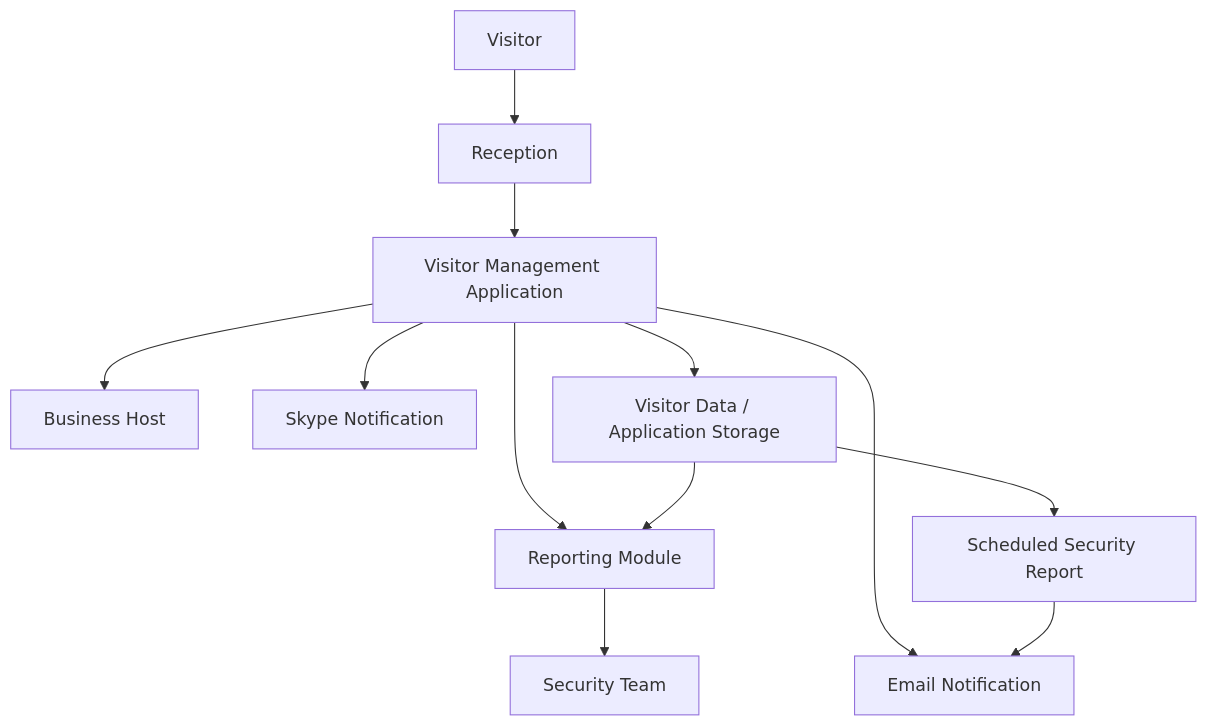
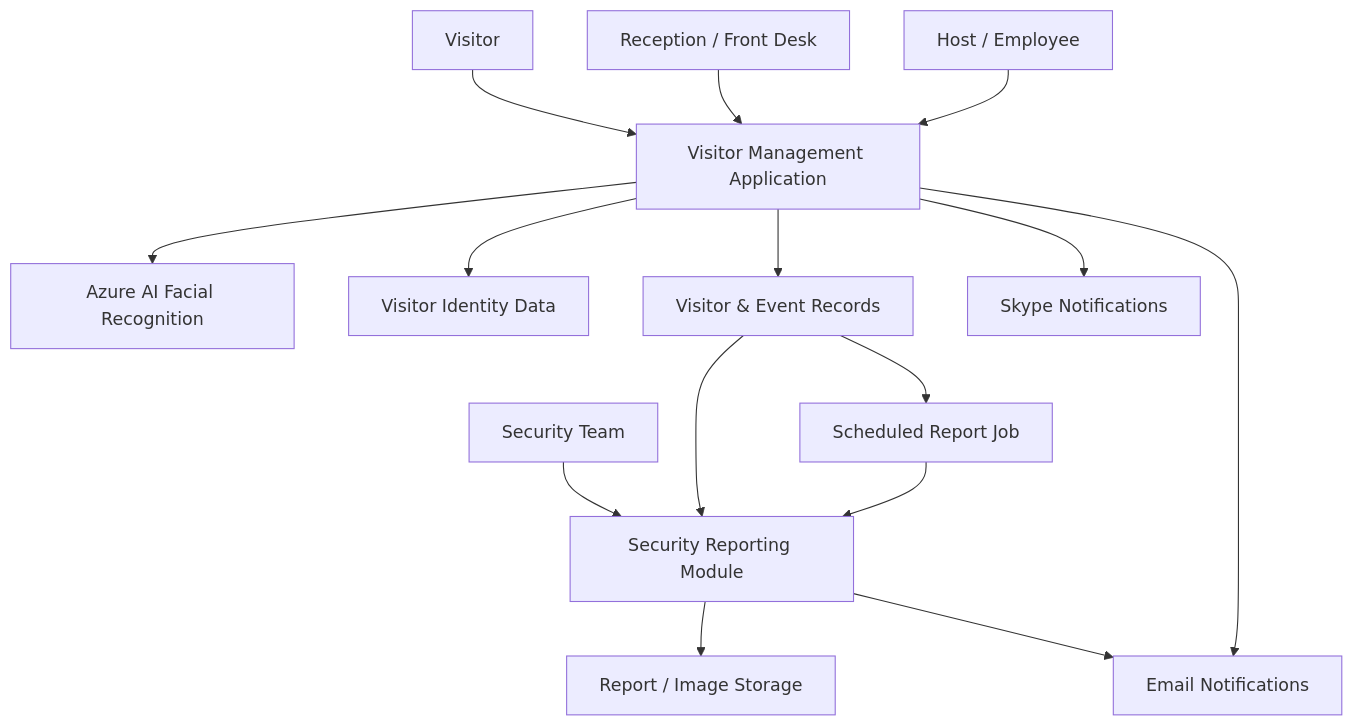
One commit to fcantarelli/Career_History-Globant changed the diagram in YPF.md. Above: the diagram before and after it, drawn with Mermaid. The commit also changed other lines of this file, not shown here.

````diff
--- a/YPF.md
+++ b/YPF.md
@@ -144,25 +117,37 @@
 ```mermaid
 flowchart TD
     Visitor[Visitor]
-    Reception[Reception]
-    GDV[Visitor Management Application]
-    Host[Business Host]
+    Reception[Reception / Front Desk]
+    Host[Host / Employee]
     Security[Security Team]
-    Reports[Reporting Module]
-    Batch[Scheduled Security Report]
-    Email[Email Notification]
-    Skype[Skype Notification]
-    Storage[Visitor Data / Application Storage]
 
-    Visitor --> Reception
-    Reception --> GDV
-    GDV --> Storage
-    GDV --> Host
-    GDV --> Email
-    GDV --> Skype
-    GDV --> Reports
-    Storage --> Reports
-    Storage --> Batch
-    Batch --> Email
-    Reports --> Security
+    VMS[Visitor Management Application]
+
+    AI[Azure AI Facial Recognition]
+    Identity[Visitor Identity Data]
+    Events[Visitor & Event Records]
+
+    Reports[Security Reporting Module]
+    Scheduler[Scheduled Report Job]
+    Email[Email Notifications]
+    Skype[Skype Notifications]
+    Storage[Report / Image Storage]
+
+    Visitor --> VMS
+    Reception --> VMS
+    Host --> VMS
+    Security --> Reports
+
+    VMS --> AI
+    VMS --> Identity
+    VMS --> Events
+
+    Events --> Reports
+    Events --> Scheduler
+    Scheduler --> Reports
+    Reports --> Storage
+    Reports --> Email
+
+    VMS --> Email
+    VMS --> Skype
 ```
````
